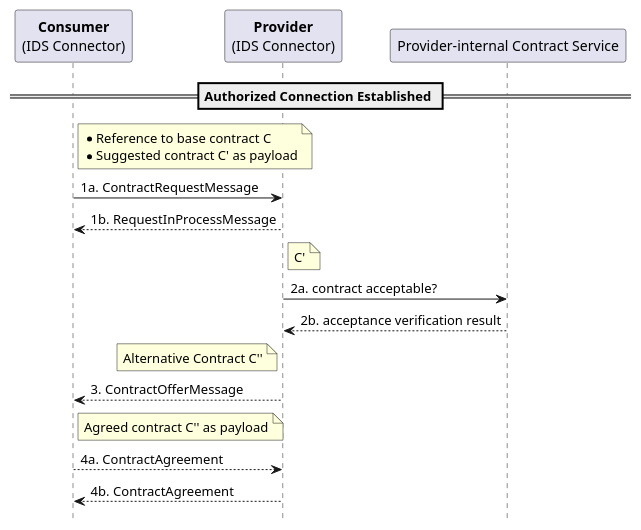
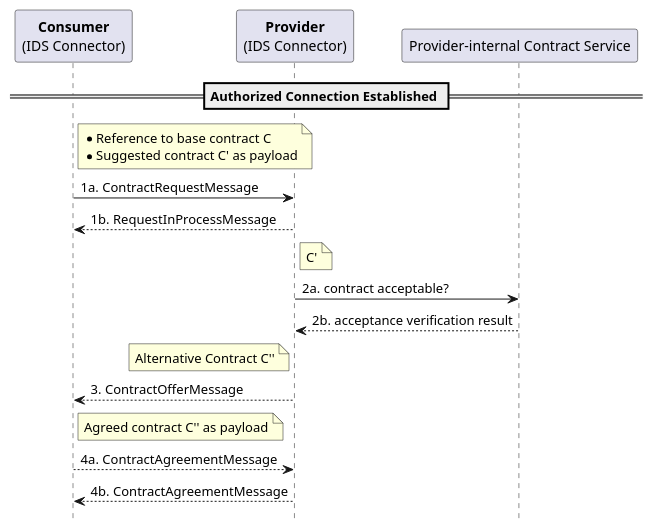
Before and after one commit to IndustrialDataSpace/Documentation: the diagram in contract_negotiation.plantuml, drawn with PlantUML.

Commit message:
message name update to current infomodel version

```diff
--- a/contract_negotiation.plantuml
+++ b/contract_negotiation.plantuml
@@ -1,27 +1,27 @@
 @startuml
 
 hide footbox
 
 participant "**Consumer**\n(IDS Connector)" as C
 participant "**Provider**\n(IDS Connector)" as P
 participant "Provider-internal Contract Service" as PCS
 
 == Authorized Connection Established ==
 
 note right of C: *Reference to base contract C\n* Suggested contract C' as payload
 C -> P: 1a. ContractRequestMessage
 
 C <-- P: 1b. RequestInProcessMessage
 
 note right of P: C'
 P -> PCS: 2a. contract acceptable?
 P <-- PCS: 2b. acceptance verification result
 
 note left of P: Alternative Contract C''
 P --> C: 3. ContractOfferMessage
 
 note right of C: Agreed contract C'' as payload
-C --> P: 4a. ContractAgreement
-P --> C: 4b. ContractAgreement
+C --> P: 4a. ContractAgreementMessage
+P --> C: 4b. ContractAgreementMessage
 
 @enduml
```
